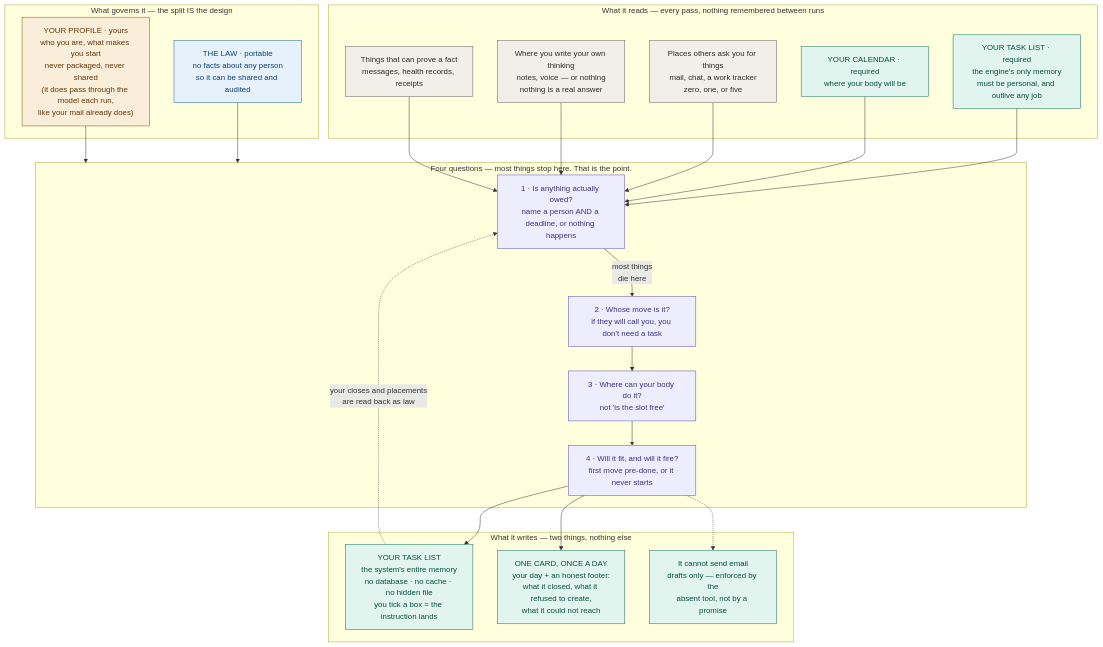
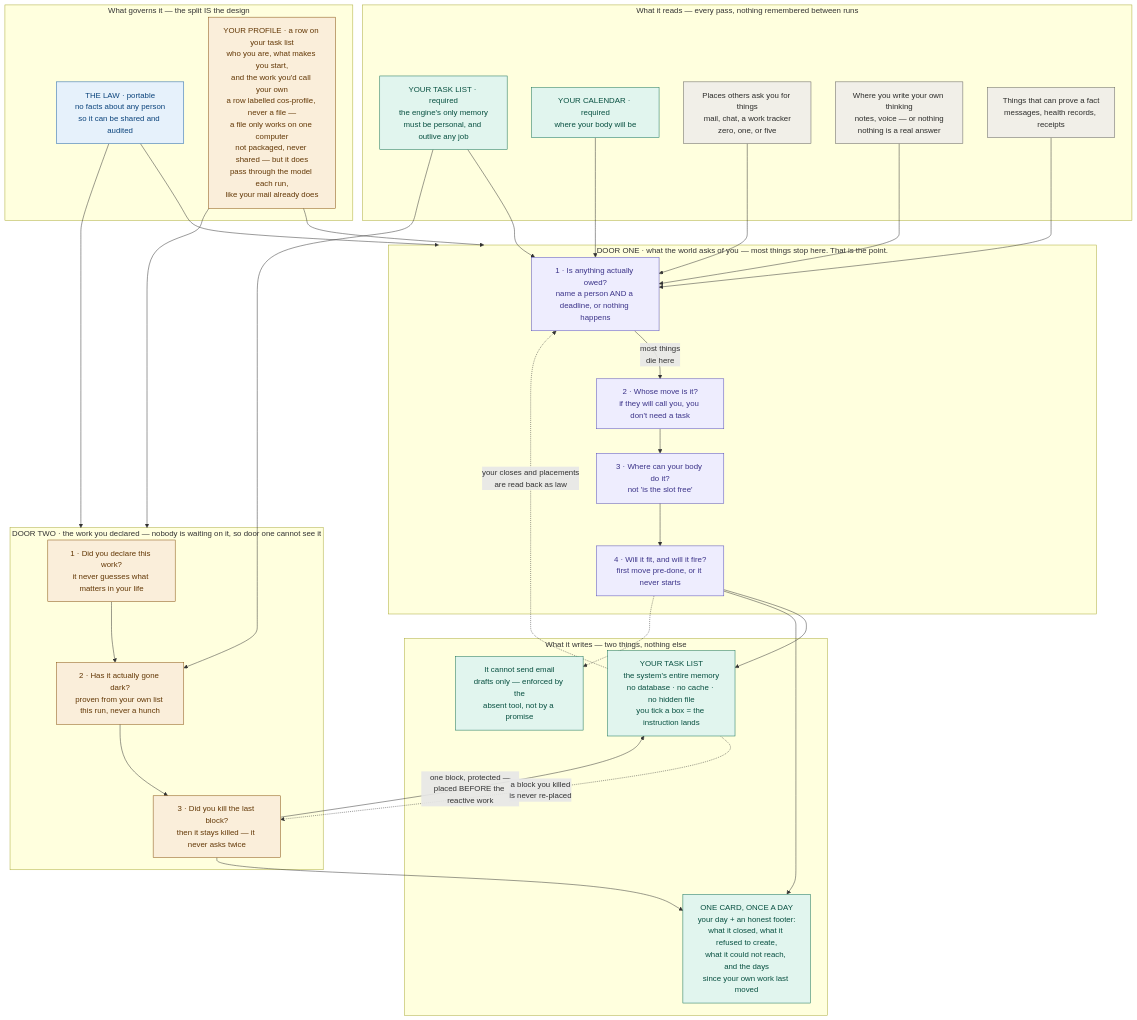
Before and after one commit to yihanz/chief-of-staff: the diagram in assets/architecture.mermaid, drawn with Mermaid. The commit also changed 13 other files, not shown here.

```diff
--- a/assets/architecture.mermaid
+++ b/assets/architecture.mermaid
@@ -1,55 +1,74 @@
 graph TB
     subgraph GOV["What governs it — the split IS the design"]
         LAW["THE LAW · portable<br/>no facts about any person<br/>so it can be shared and audited"]
-        PROF["YOUR PROFILE · yours<br/>who you are, what makes you start<br/>never packaged, never shared<br/>(it does pass through the model each run,<br/>like your mail already does)"]
+        PROF["YOUR PROFILE · a row on your task list<br/>who you are, what makes you start,<br/>and the work you'd call your own<br/>a row labelled cos-profile, never a file —<br/>a file only works on one computer<br/>not packaged, never shared — but it does<br/>pass through the model each run,<br/>like your mail already does"]
     end
 
     subgraph READ["What it reads — every pass, nothing remembered between runs"]
         STATE["YOUR TASK LIST · required<br/>the engine's only memory<br/>must be personal, and outlive any job"]
         CAL["YOUR CALENDAR · required<br/>where your body will be"]
         IN["Places others ask you for things<br/>mail, chat, a work tracker<br/>zero, one, or five"]
         INT["Where you write your own thinking<br/>notes, voice — or nothing<br/>nothing is a real answer"]
         EV["Things that can prove a fact<br/>messages, health records, receipts"]
     end
 
-    subgraph GATE["Four questions — most things stop here. That is the point."]
+    subgraph GATE["DOOR ONE · what the world asks of you — most things stop here. That is the point."]
         Q1["1 · Is anything actually owed?<br/>name a person AND a deadline, or nothing happens"]
         Q2["2 · Whose move is it?<br/>if they will call you, you don't need a task"]
         Q3["3 · Where can your body do it?<br/>not 'is the slot free'"]
         Q4["4 · Will it fit, and will it fire?<br/>first move pre-done, or it never starts"]
     end
 
+    subgraph DOOR2["DOOR TWO · the work you declared — nobody is waiting on it, so door one cannot see it"]
+        D1["1 · Did you declare this work?<br/>it never guesses what matters in your life"]
+        D2["2 · Has it actually gone dark?<br/>proven from your own list this run, never a hunch"]
+        D3["3 · Did you kill the last block?<br/>then it stays killed — it never asks twice"]
+    end
+
     subgraph OUT["What it writes — two things, nothing else"]
         LIST["YOUR TASK LIST<br/>the system's entire memory<br/>no database · no cache · no hidden file<br/>you tick a box = the instruction lands"]
-        CARD["ONE CARD, ONCE A DAY<br/>your day + an honest footer:<br/>what it closed, what it refused to create,<br/>what it could not reach"]
+        CARD["ONE CARD, ONCE A DAY<br/>your day + an honest footer:<br/>what it closed, what it refused to create,<br/>what it could not reach, and the days<br/>since your own work last moved"]
         NOSEND["It cannot send email<br/>drafts only — enforced by the<br/>absent tool, not by a promise"]
     end
 
     LAW --> GATE
     PROF --> GATE
+    LAW --> DOOR2
+    PROF --> DOOR2
+
     STATE --> Q1
     CAL --> Q1
     IN --> Q1
     INT --> Q1
     EV --> Q1
     Q1 -->|"most things<br/>die here"| Q2
     Q2 --> Q3
     Q3 --> Q4
     Q4 --> LIST
     Q4 --> CARD
     Q4 -.-> NOSEND
+
+    STATE --> D2
+    D1 --> D2
+    D2 --> D3
+    D3 -->|"one block, protected —<br/>placed BEFORE the reactive work"| LIST
+    D3 --> CARD
+
     LIST -.->|"your closes and placements<br/>are read back as law"| Q1
+    LIST -.->|"a block you killed<br/>is never re-placed"| D3
 
     classDef law fill:#E6F1FB,stroke:#185FA5,color:#0C447C
     classDef prof fill:#FAEEDA,stroke:#854F0B,color:#633806
     classDef req fill:#E1F5EE,stroke:#0F6E56,color:#085041
     classDef src fill:#F1EFE8,stroke:#5F5E5A,color:#2C2C2A
     classDef gate fill:#EEEDFE,stroke:#534AB7,color:#3C3489
+    classDef own fill:#FAEEDA,stroke:#854F0B,color:#633806
     classDef out fill:#E1F5EE,stroke:#0F6E56,color:#085041
 
     class LAW law
     class PROF prof
     class STATE,CAL req
     class IN,INT,EV src
     class Q1,Q2,Q3,Q4 gate
+    class D1,D2,D3 own
     class LIST,CARD,NOSEND out
```
